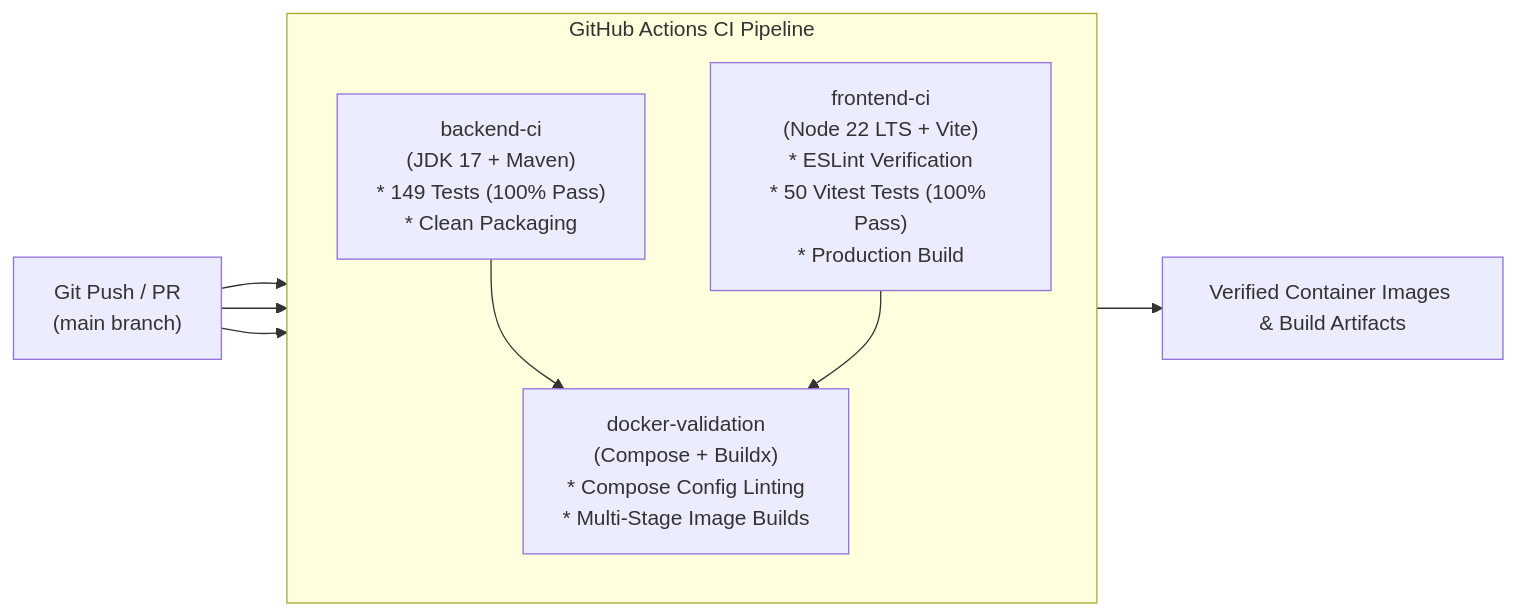
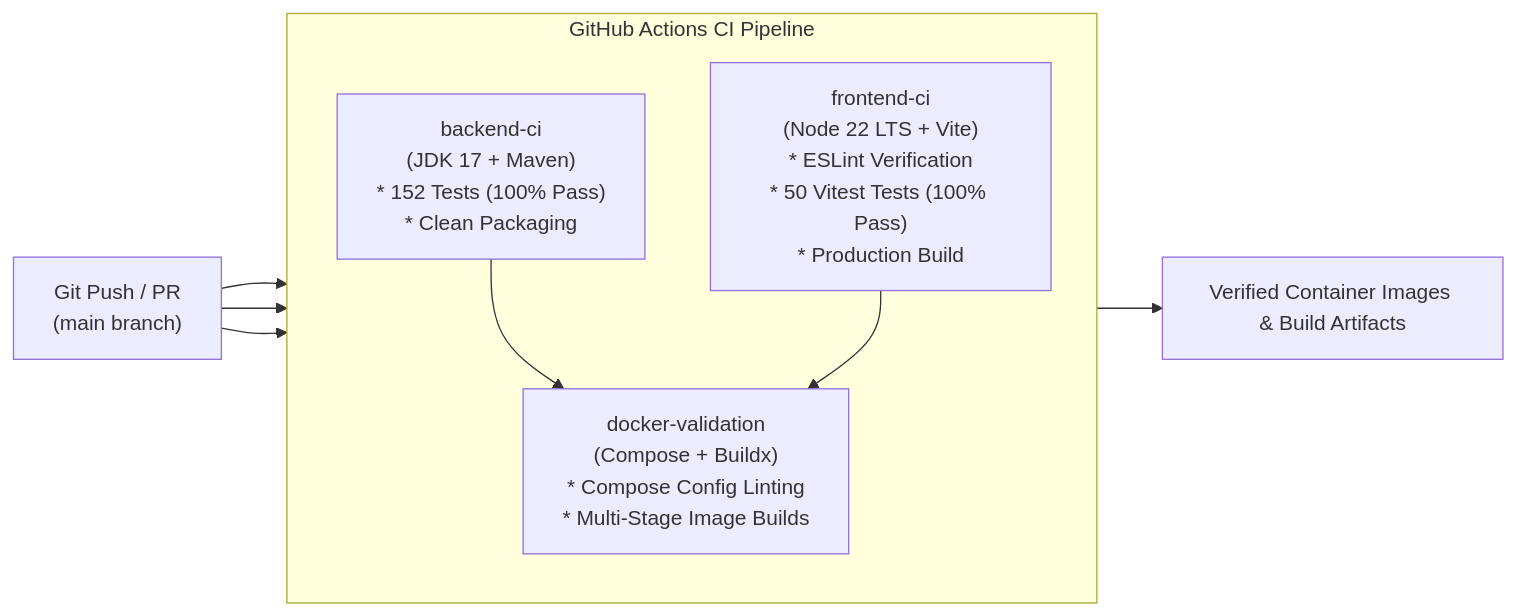
One commit to HarshadRawat/lifelink-blood-donor-system changed the second of 2 diagrams in docs/IMPLEMENTATION.md. Above: the diagram before and after it, drawn with Mermaid. The commit also changed other lines of this file and 3 other files, not shown here.

````diff
--- a/docs/IMPLEMENTATION.md
+++ b/docs/IMPLEMENTATION.md
@@ -239,18 +239,18 @@
 ```mermaid
 flowchart LR
     Push["Git Push / PR\n(main branch)"] --> Jobs
 
     subgraph Jobs ["GitHub Actions CI Pipeline"]
         direction TB
-        B_CI["backend-ci\n(JDK 17 + Maven)\n* 149 Tests (100% Pass)\n* Clean Packaging"]
+        B_CI["backend-ci\n(JDK 17 + Maven)\n* 152 Tests (100% Pass)\n* Clean Packaging"]
         F_CI["frontend-ci\n(Node 22 LTS + Vite)\n* ESLint Verification\n* 50 Vitest Tests (100% Pass)\n* Production Build"]
         D_VAL["docker-validation\n(Compose + Buildx)\n* Compose Config Linting\n* Multi-Stage Image Builds"]
     end
 
     Push --> B_CI
     Push --> F_CI
     B_CI --> D_VAL
     F_CI --> D_VAL
 
     D_VAL --> Complete["Verified Container Images & Build Artifacts"]
 ```
````
